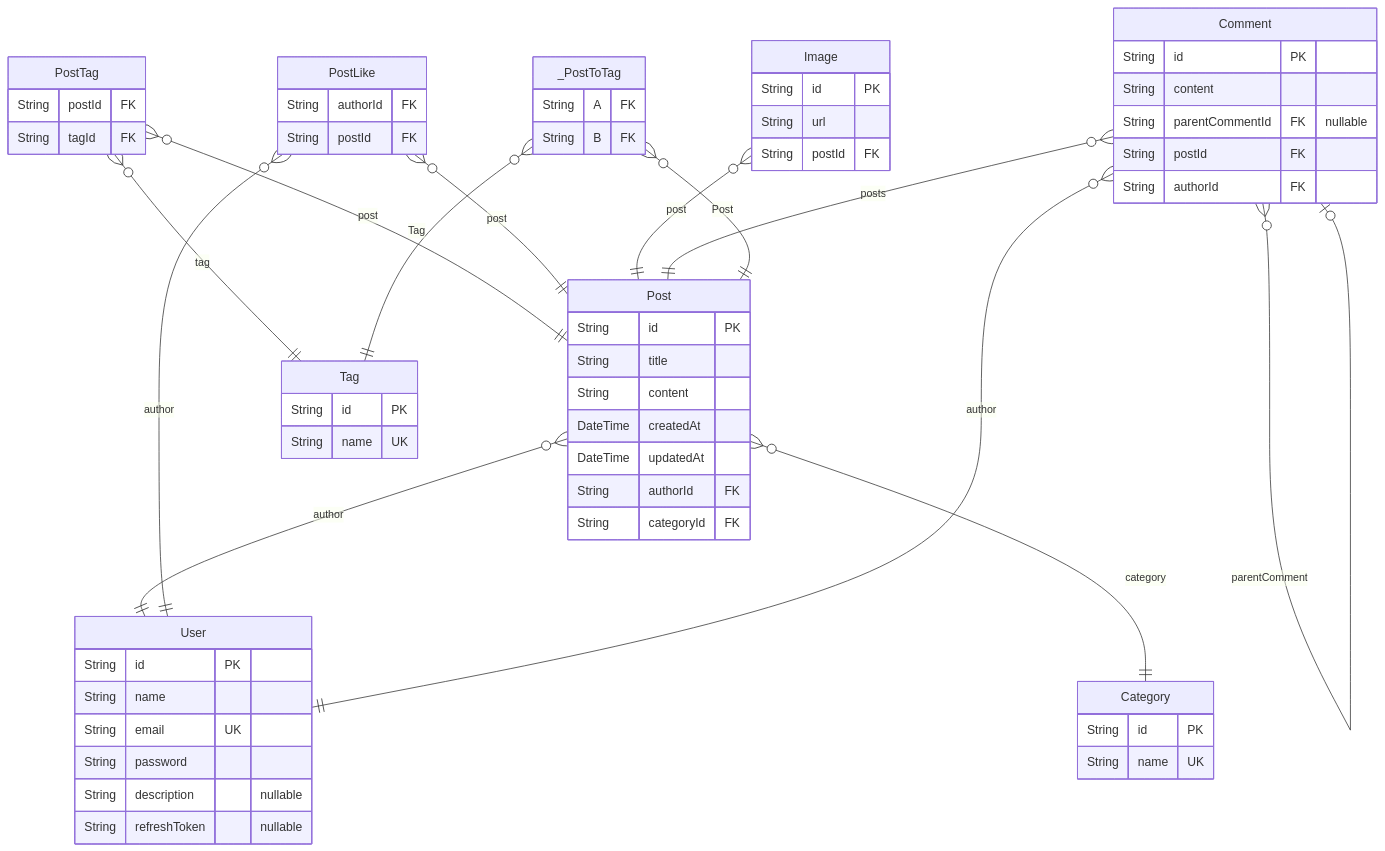
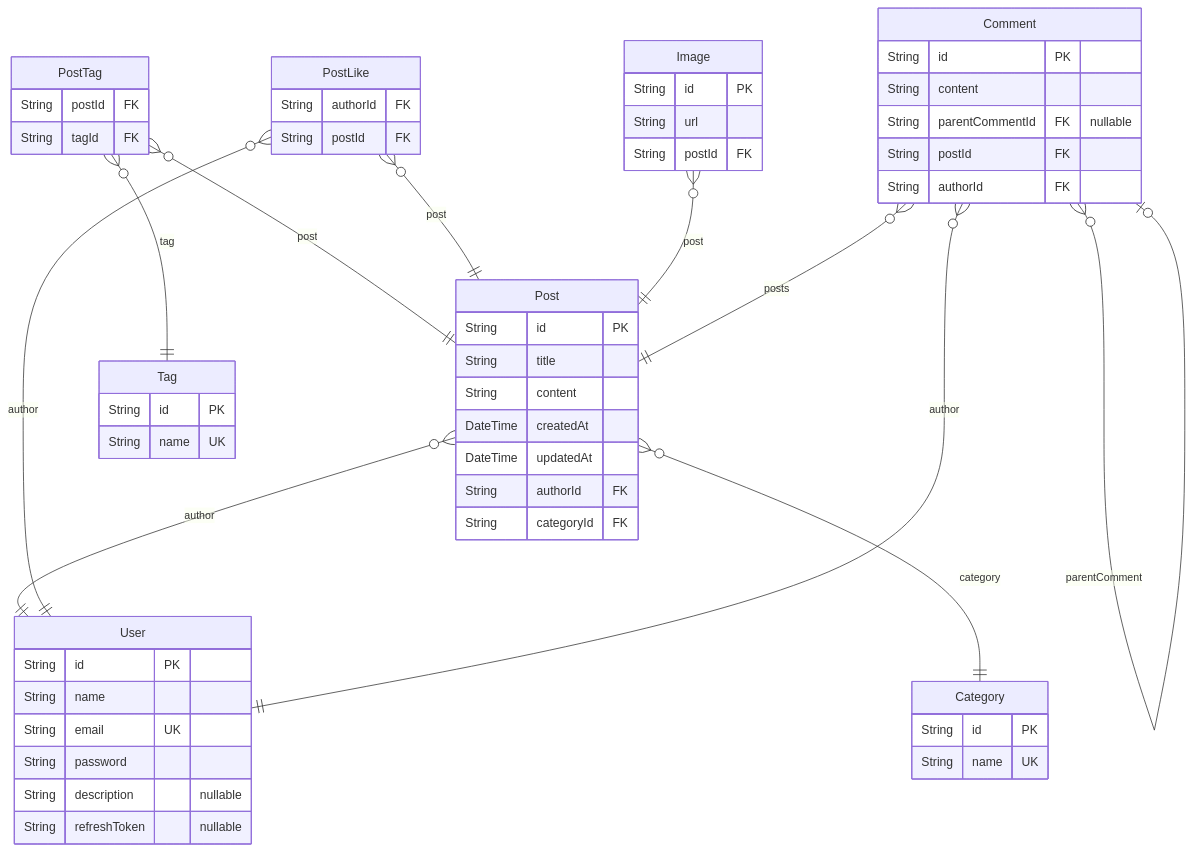
The diagram in prisma/ERD.md (JongDeug/blog-backend), drawn with Mermaid before and after one commit. The commit also changed other lines of this file and 2 other files, not shown here.

````diff
--- a/prisma/ERD.md
+++ b/prisma/ERD.md
@@ -7,64 +7,58 @@
 ```mermaid
 erDiagram
 "User" {
   String id PK
   String name
   String email UK
   String password
   String description "nullable"
   String refreshToken "nullable"
 }
 "Post" {
   String id PK
   String title
   String content
   DateTime createdAt
   DateTime updatedAt
   String authorId FK
   String categoryId FK
 }
 "Tag" {
   String id PK
   String name UK
 }
 "PostTag" {
   String postId FK
   String tagId FK
 }
 "PostLike" {
   String authorId FK
   String postId FK
 }
 "Image" {
   String id PK
   String url
   String postId FK
 }
+"Category" {
+  String id PK
+  String name UK
+}
 "Comment" {
   String id PK
   String content
   String parentCommentId FK "nullable"
   String postId FK
   String authorId FK
-}
-"Category" {
-  String id PK
-  String name UK
-}
-"_PostToTag" {
-  String A FK
-  String B FK
 }
 "Post" }o--|| "User" : author
 "Post" }o--|| "Category" : category
 "PostTag" }o--|| "Post" : post
 "PostTag" }o--|| "Tag" : tag
 "PostLike" }o--|| "User" : author
 "PostLike" }o--|| "Post" : post
 "Image" }o--|| "Post" : post
 "Comment" }o--o| "Comment" : parentComment
 "Comment" }o--|| "Post" : posts
 "Comment" }o--|| "User" : author
-"_PostToTag" }o--|| "Post" : Post
-"_PostToTag" }o--|| "Tag" : Tag
 ```
````
